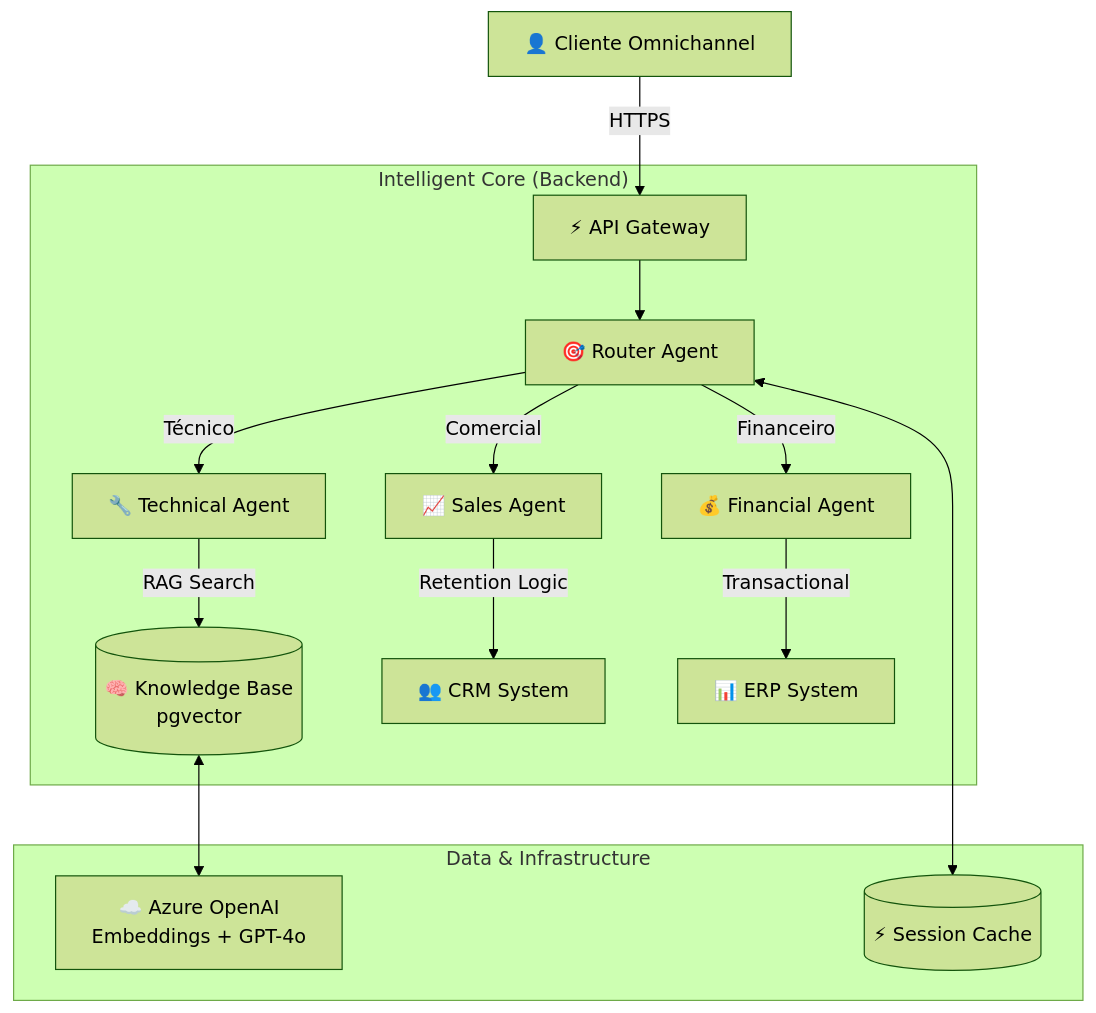
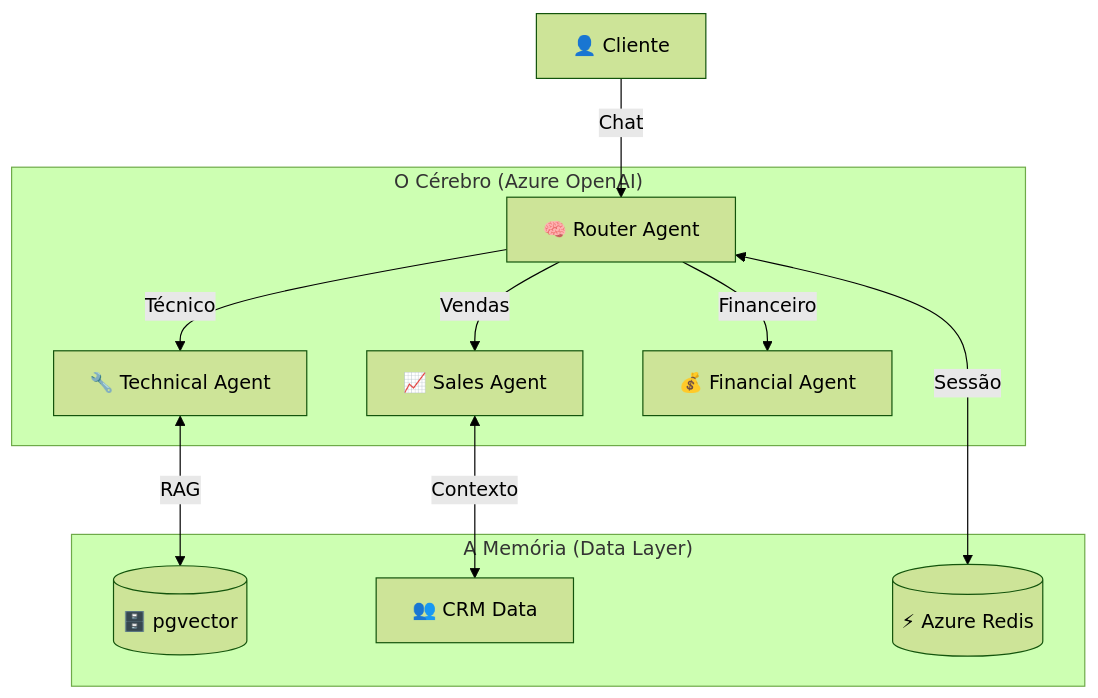
The diagram in README.md (Jcnok/central-atendimento-azure), drawn with Mermaid (forest theme) before and after one commit. The commit also changed other lines of this file, not shown here.

````diff
--- a/README.md
+++ b/README.md
@@ -36,21 +52,16 @@
 ```mermaid
 graph TD
-    User[👤 Cliente Omnichannel] -->|HTTPS| Gateway[⚡ API Gateway]
+    User[👤 Cliente] -->|Chat| Router[🧠 Router Agent]
     
-    subgraph "Intelligent Core (Backend)"
-        Gateway --> Router[🎯 Router Agent]
-        
-        Router -->|Técnico| TechAgent[🔧 Technical Agent]
-        Router -->|Comercial| SalesAgent[📈 Sales Agent]
-        Router -->|Financeiro| FinAgent[💰 Financial Agent]
-        
-        TechAgent -->|RAG Search| VectorDB[(🧠 Knowledge Base\npgvector)]
-        SalesAgent -->|Retention Logic| CRM[👥 CRM System]
-        FinAgent -->|Transactional| ERP[📊 ERP System]
+    subgraph "O Cérebro (Azure OpenAI)"
+        Router -->|Técnico| Tech[🔧 Technical Agent]
+        Router -->|Vendas| Sales[📈 Sales Agent]
+        Router -->|Financeiro| Fin[💰 Financial Agent]
     end
     
-    subgraph "Data & Infrastructure"
-        VectorDB <--> AzureOpenAI[☁️ Azure OpenAI\nEmbeddings + GPT-4o]
-        Router <--> Redis[(⚡ Session Cache)]
+    subgraph "A Memória (Data Layer)"
+        Tech <-->|RAG| VectorDB[(🗄️ pgvector)]
+        Sales <-->|Contexto| CRM[👥 CRM Data]
+        Router <-->|Sessão| Redis[(⚡ Azure Redis)]
     end
 ```
````
